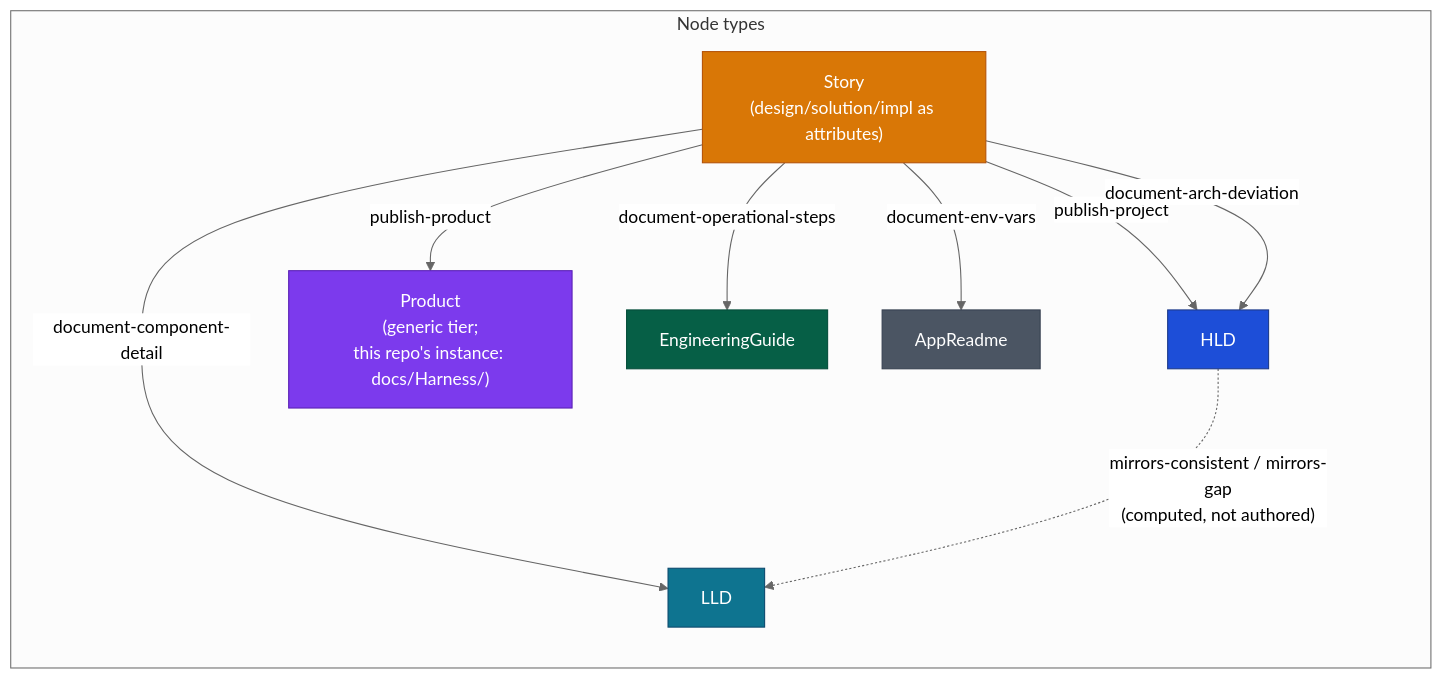
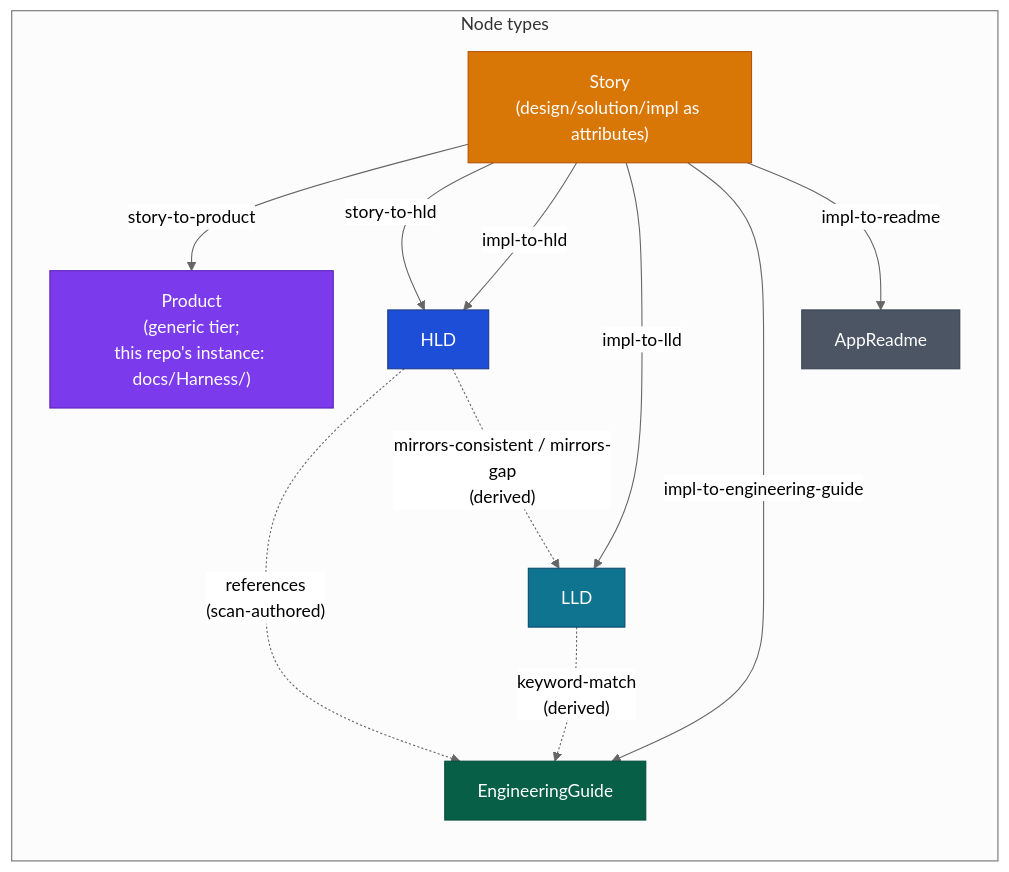
Before and after one commit to DataArt/artisyn-implementation-harness: the second of 5 diagrams in docs/Harness/07 Knowledge Graph/01 Ops Model.md, drawn with Mermaid (neutral theme). The commit also changed other lines of this file and 10 other files, not shown here.

Commit message:
docs(architecture): describe the operational graph's HLD/LLD/Harness boundary

````diff
--- a/docs/Harness/07 Knowledge Graph/01 Ops Model.md
+++ b/docs/Harness/07 Knowledge Graph/01 Ops Model.md
@@ -73,27 +73,29 @@
 ```mermaid
 flowchart LR
     subgraph NODES ["Node types"]
         direction TB
         N1["HLD"]:::hld
         N2["LLD"]:::lld
         N3["EngineeringGuide"]:::eg
         N4["Story\n(design/solution/impl as attributes)"]:::story
         N5["Product\n(generic tier;\nthis repo's instance: docs/Harness/)"]:::pctx
         N6["AppReadme"]:::readme
     end
 
-    N4 -->|"publish-product"| N5
-    N4 -->|"publish-project"| N1
-    N4 -->|"document-arch-deviation"| N1
-    N4 -->|"document-component-detail"| N2
-    N4 -->|"document-operational-steps"| N3
-    N4 -->|"document-env-vars"| N6
-    N1 -.->|"mirrors-consistent / mirrors-gap\n(computed, not authored)"| N2
+    N4 -->|"story-to-product"| N5
+    N4 -->|"story-to-hld"| N1
+    N4 -->|"impl-to-hld"| N1
+    N4 -->|"impl-to-lld"| N2
+    N4 -->|"impl-to-engineering-guide"| N3
+    N4 -->|"impl-to-readme"| N6
+    N1 -.->|"references\n(scan-authored)"| N3
+    N1 -.->|"mirrors-consistent / mirrors-gap\n(derived)"| N2
+    N2 -.->|"keyword-match\n(derived)"| N3
 
     classDef hld   fill:#1D4ED8,stroke:#1e3a8a,color:#fff
     classDef lld   fill:#0E7490,stroke:#0c4a6e,color:#fff
     classDef eg    fill:#065F46,stroke:#064e3b,color:#fff
     classDef story fill:#D97706,stroke:#B45309,color:#fff
     classDef pctx  fill:#7C3AED,stroke:#5B21B6,color:#fff
     classDef readme fill:#4B5563,stroke:#374151,color:#fff
 ```
````
